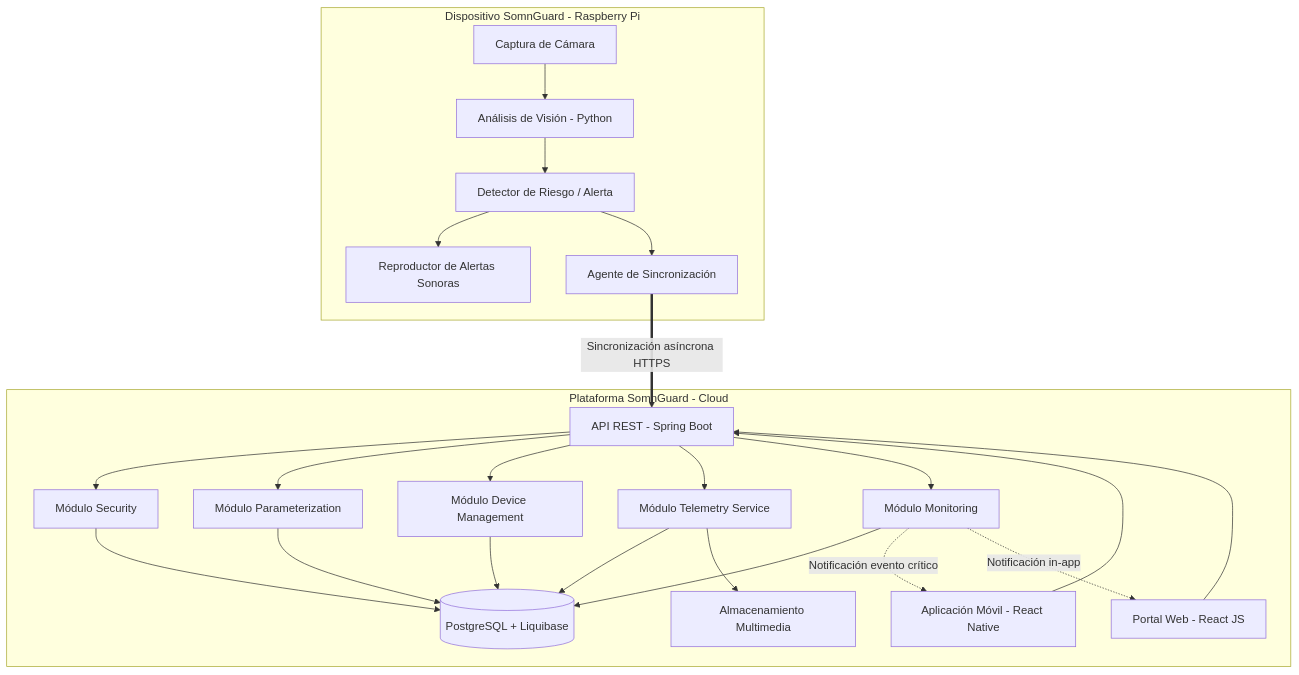
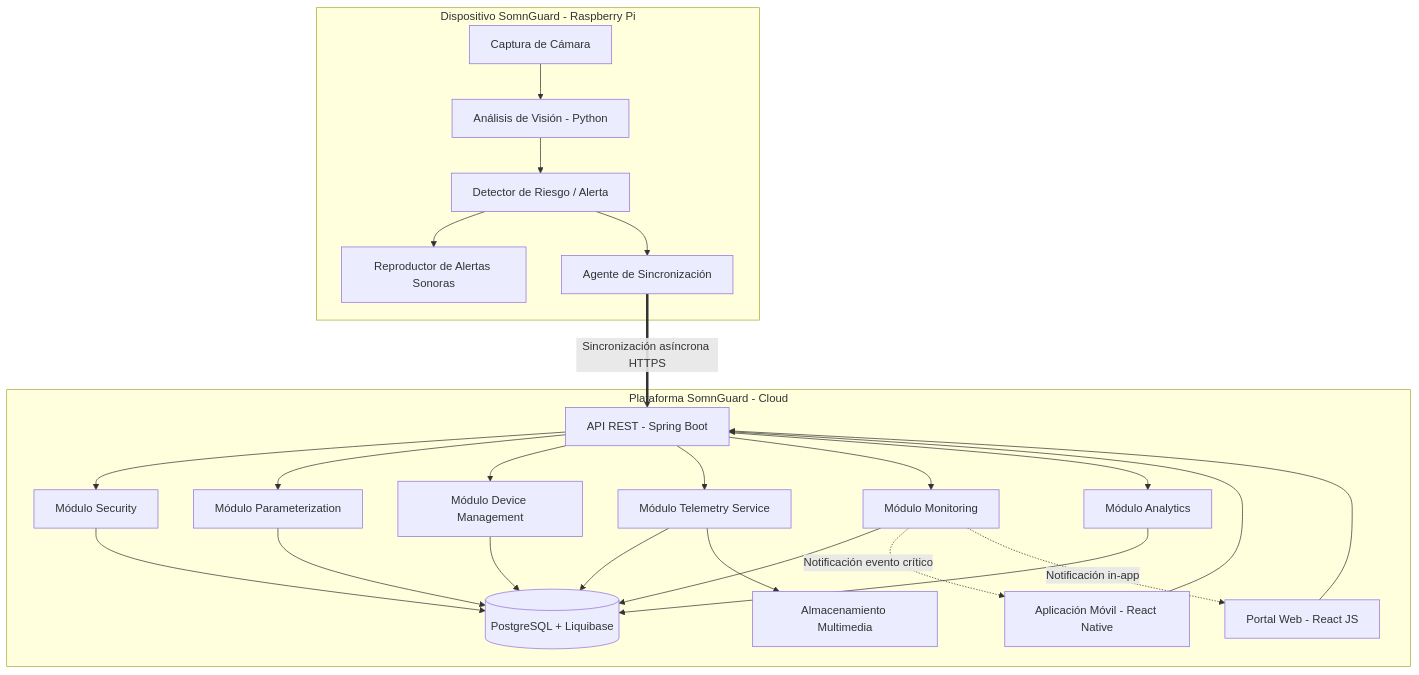
Before and after one commit to SomnGuard/somnguard-docs: the first of 4 diagrams in docs/05-architecture/software-design-report.md, drawn with Mermaid. The commit also changed other lines of this file and 8 other files, not shown here.

Commit message:
docs(architecture): formalize hexagonal architecture with ports and adapters (ADR-002, ADR-003)

````diff
--- a/docs/05-architecture/software-design-report.md
+++ b/docs/05-architecture/software-design-report.md
@@ -162,34 +201,35 @@
 ```mermaid
 flowchart TB
     subgraph Edge [Dispositivo SomnGuard - Raspberry Pi]
         A[Captura de Cámara]
         B[Análisis de Visión - Python]
         C[Detector de Riesgo / Alerta]
         D[Reproductor de Alertas Sonoras]
         E[Agente de Sincronización]
         A --> B --> C --> D
         C --> E
     end
 
     subgraph Cloud [Plataforma SomnGuard - Cloud]
         API[API REST - Spring Boot]
         SEG[Módulo Security]
         PAR[Módulo Parameterization]
         DEV[Módulo Device Management]
         TEL[Módulo Telemetry Service]
         MON[Módulo Monitoring]
+        ANL[Módulo Analytics]
         WEB[Portal Web - React JS]
         APP[Aplicación Móvil - React Native]
         DB[(PostgreSQL + Liquibase)]
         STO[Almacenamiento Multimedia]
-        API --> SEG & PAR & DEV & TEL & MON
-        SEG & PAR & DEV & TEL & MON --> DB
+        API --> SEG & PAR & DEV & TEL & MON & ANL
+        SEG & PAR & DEV & TEL & MON & ANL --> DB
         TEL --> STO
         WEB --> API
         APP --> API
     end
 
     E ==>|Sincronización asíncrona HTTPS| API
     MON -.->|Notificación evento crítico| APP
     MON -.->|Notificación in-app| WEB
 ```
````
